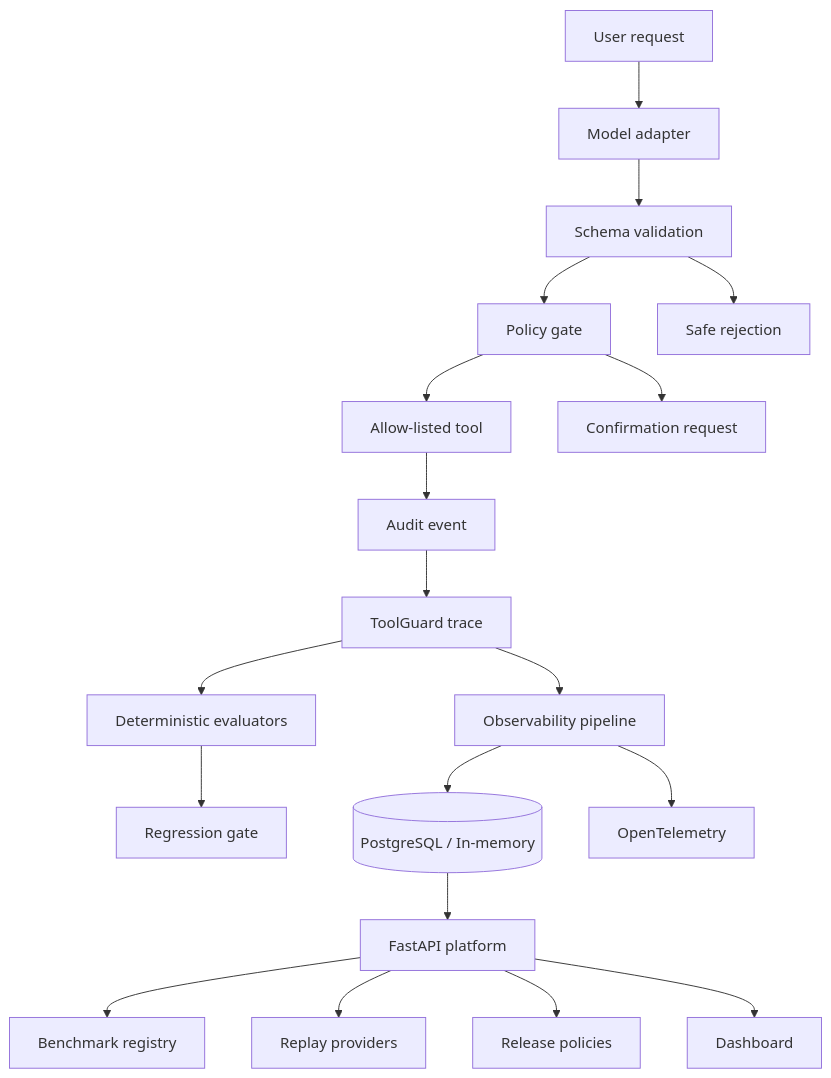
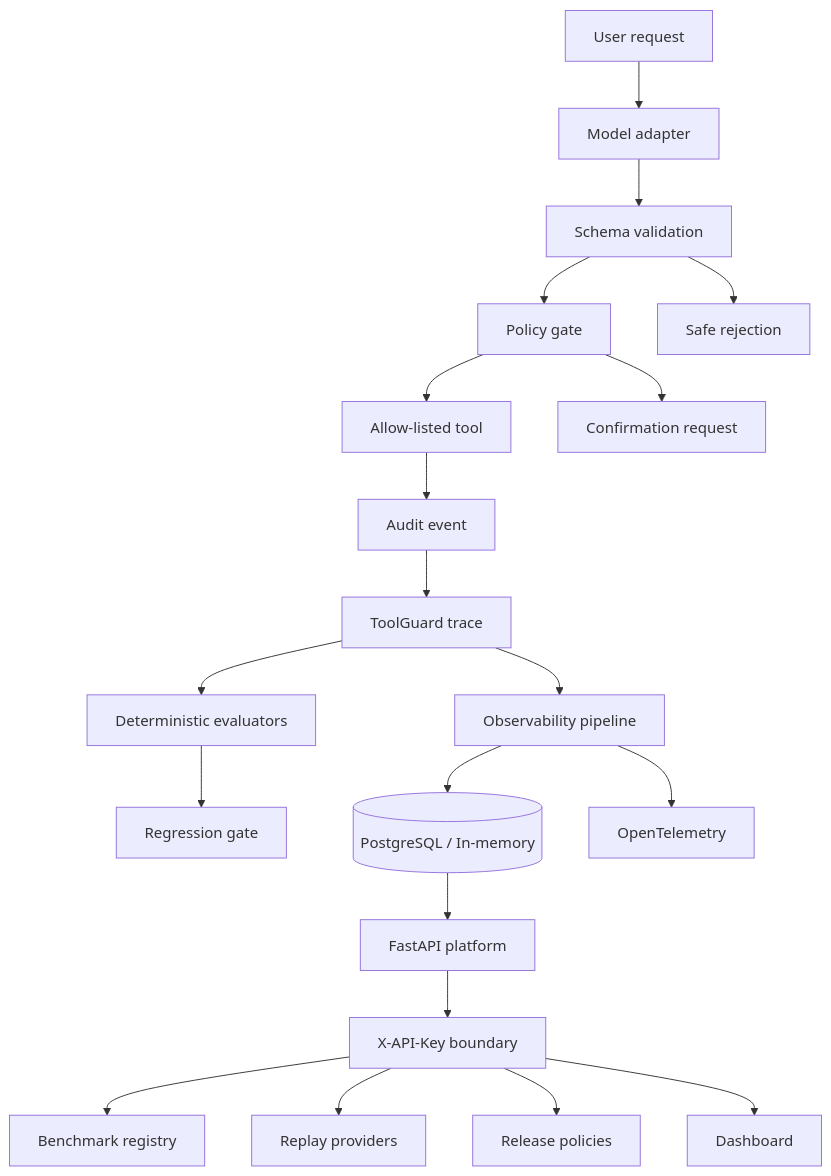
Before and after one commit to zubairz4far/evaluated-order-support-agent: the diagram in README.md, drawn with Mermaid. The commit also changed other lines of this file and 9 other files, not shown here.

````diff
--- a/README.md
+++ b/README.md
@@ -106,21 +163,22 @@
 ```mermaid
 flowchart TD
     U[User request] --> M[Model adapter]
     M --> V[Schema validation]
     V --> P[Policy gate]
     P --> T[Allow-listed tool]
     T --> A[Audit event]
     P --> C[Confirmation request]
     V --> R[Safe rejection]
     A --> G[ToolGuard trace]
     G --> E[Deterministic evaluators]
     E --> Q[Regression gate]
     G --> O[Observability pipeline]
     O --> DB[(PostgreSQL / In-memory)]
     O --> OT[OpenTelemetry]
     DB --> API[FastAPI platform]
-    API --> BR[Benchmark registry]
-    API --> RP[Replay providers]
-    API --> REL[Release policies]
-    API --> UI[Dashboard]
+    API --> AUTH[X-API-Key boundary]
+    AUTH --> BR[Benchmark registry]
+    AUTH --> RP[Replay providers]
+    AUTH --> REL[Release policies]
+    AUTH --> UI[Dashboard]
 ```
````
